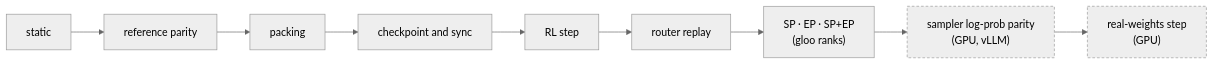
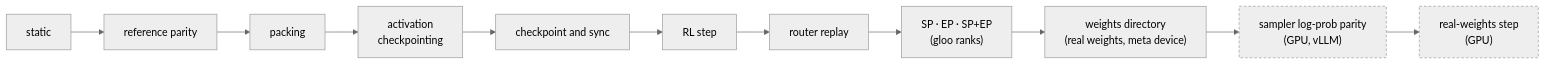
One commit to Snowflake-AI-Research/Arctic-Platform changed the seventh of 9 diagrams in docs/model-plugins/spec.md. Above: the diagram before and after it, drawn with Mermaid (neutral theme). The commit also changed other lines of this file and 6 other files, not shown here.

First line of the commit message:
Cover activation checkpointing, export under EP, sharded checkpoints and weights directories

````diff
--- a/docs/model-plugins/spec.md
+++ b/docs/model-plugins/spec.md
@@ -410,8 +435,9 @@
 ```mermaid
 flowchart LR
-    S["static"] --> R["reference parity"] --> K["packing"] --> W["checkpoint and sync"] --> L["RL step"] --> Q["router replay"]
-    Q --> P["SP · EP · SP+EP<br/>(gloo ranks)"]
-    P --> G1["sampler log-prob parity<br/>(GPU, vLLM)"] --> G2["real-weights step<br/>(GPU)"]
+    S["static"] --> R["reference parity"] --> K["packing"] --> A["activation<br/>checkpointing"] --> W["checkpoint and sync"]
+    W --> L["RL step"] --> Q["router replay"] --> P["SP · EP · SP+EP<br/>(gloo ranks)"]
+    P --> D["weights directory<br/>(real weights, meta device)"]
+    D --> G1["sampler log-prob parity<br/>(GPU, vLLM)"] --> G2["real-weights step<br/>(GPU)"]
     classDef gpu stroke-dasharray: 4 3
     class G1,G2 gpu
 ```
````
